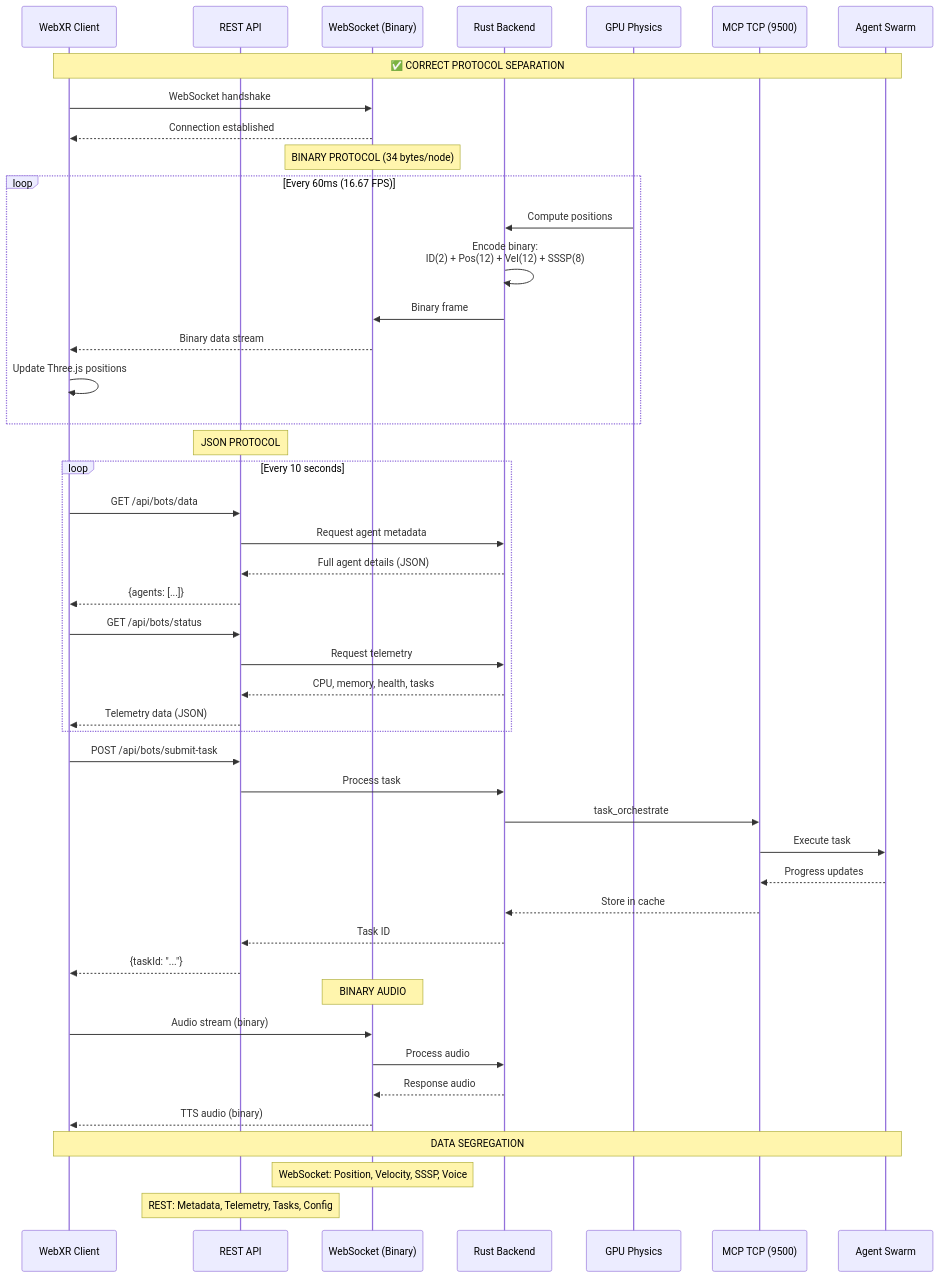
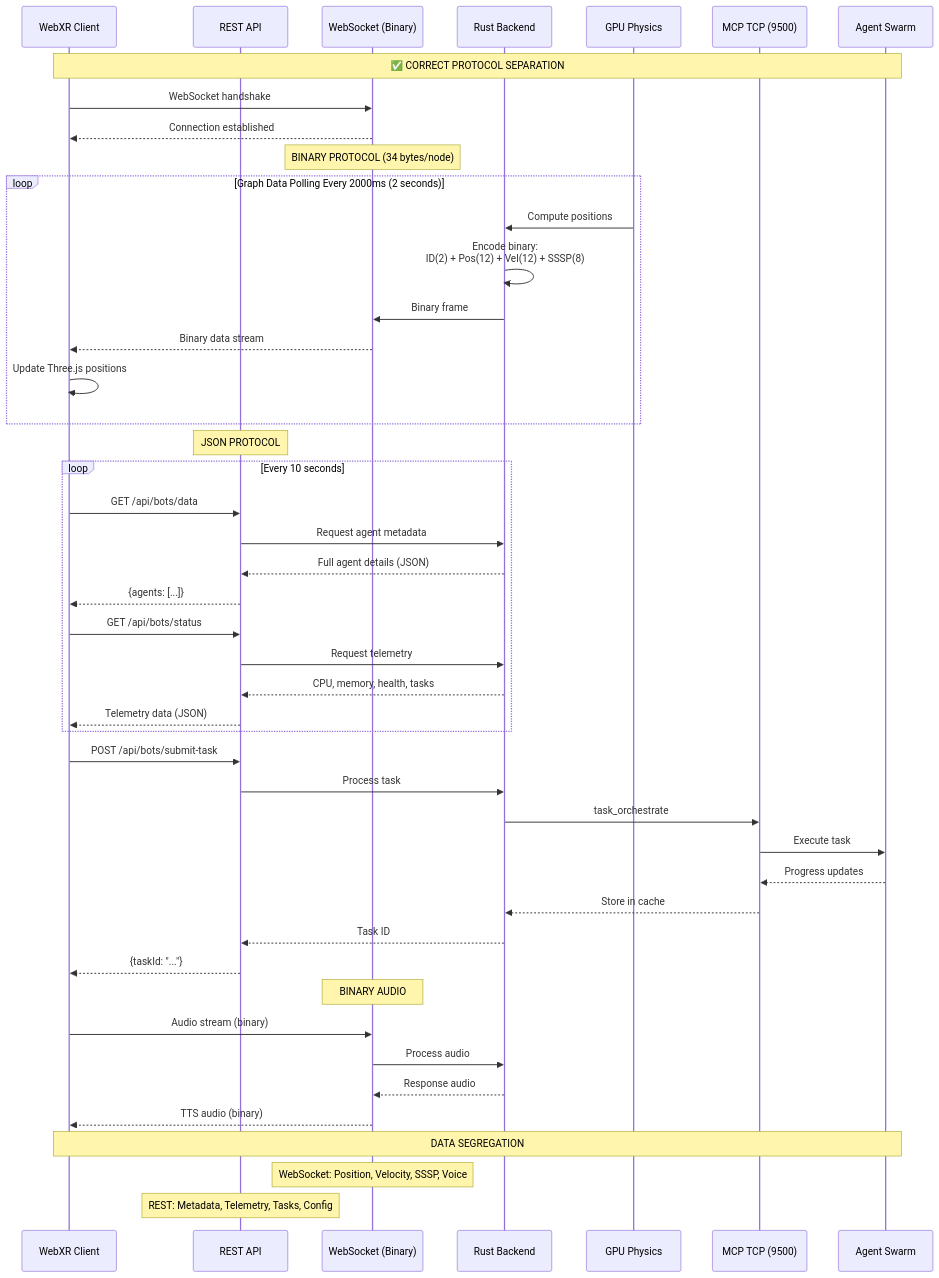
Diagram 19 of 21 in docs/diagrams.md (DreamLab-AI/VisionFlow), drawn with Mermaid before and after one commit. The commit also changed other lines of this file and 18 other files, not shown here.

````diff
--- a/docs/diagrams.md
+++ b/docs/diagrams.md
@@ -1225,61 +1225,61 @@
 ```mermaid
 sequenceDiagram
     participant Client as WebXR Client
     participant REST as REST API
     participant WS as WebSocket (Binary)
     participant Backend as Rust Backend
     participant GPU as GPU Physics
     participant TCP as MCP TCP (9500)
     participant Agents as Agent Swarm
 
     Note over Client,Agents: ✅ CORRECT PROTOCOL SEPARATION
 
     %% Initial Connection
     Client->>WS: WebSocket handshake
     WS-->>Client: Connection established
 
     %% High-Speed Binary Data (WebSocket)
     Note over WS: BINARY PROTOCOL (34 bytes/node)
-    loop Every 60ms (16.67 FPS)
+    loop Graph Data Polling Every 2000ms (2 seconds)
         GPU->>Backend: Compute positions
         Backend->>Backend: Encode binary:<br/>ID(2) + Pos(12) + Vel(12) + SSSP(8)
         Backend->>WS: Binary frame
         WS-->>Client: Binary data stream
         Client->>Client: Update Three.js positions
     end
 
     %% Metadata & Telemetry (REST)
     Note over REST: JSON PROTOCOL
     loop Every 10 seconds
         Client->>REST: GET /api/bots/data
         REST->>Backend: Request agent metadata
         Backend-->>REST: Full agent details (JSON)
         REST-->>Client: {agents: [...]}
 
         Client->>REST: GET /api/bots/status
         REST->>Backend: Request telemetry
         Backend-->>REST: CPU, memory, health, tasks
         REST-->>Client: Telemetry data (JSON)
     end
 
     %% Task Submission (REST)
     Client->>REST: POST /api/bots/submit-task
     REST->>Backend: Process task
     Backend->>TCP: task_orchestrate
     TCP->>Agents: Execute task
     Agents-->>TCP: Progress updates
     TCP-->>Backend: Store in cache
     Backend-->>REST: Task ID
     REST-->>Client: {taskId: "..."}
 
     %% Voice Streams (WebSocket)
     Note over WS: BINARY AUDIO
     Client->>WS: Audio stream (binary)
     WS->>Backend: Process audio
     Backend-->>WS: Response audio
     WS-->>Client: TTS audio (binary)
 
     Note over Client,Agents: DATA SEGREGATION
     Note over WS: WebSocket: Position, Velocity, SSSP, Voice
     Note over REST: REST: Metadata, Telemetry, Tasks, Config
 ```
````
